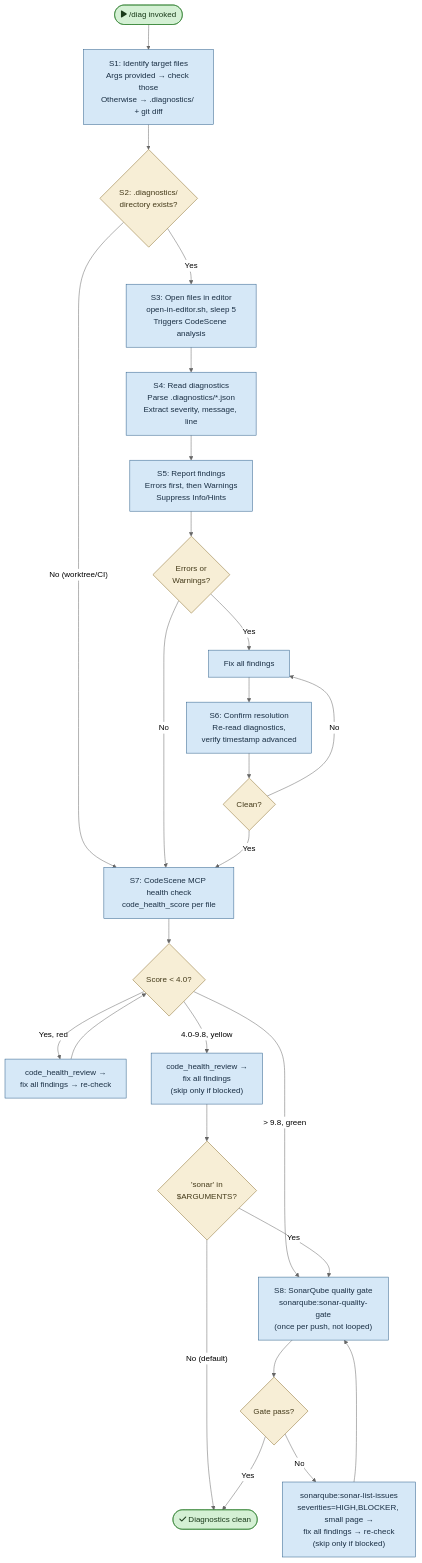
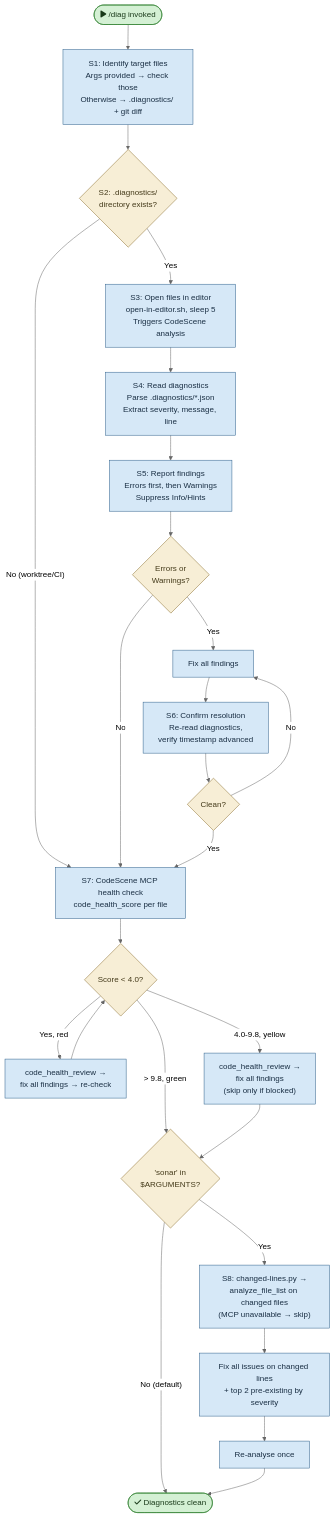
Before and after one commit to mironyx/engineering-delivery-framework: the diagram in plugins/edf/skills/diag/flowchart.md, drawn with Mermaid (neutral theme). The commit also changed other lines of this file and 22 other files, not shown here.

````diff
--- a/plugins/edf/skills/diag/flowchart.md
+++ b/plugins/edf/skills/diag/flowchart.md
@@ -5,48 +5,47 @@
 ```mermaid
 flowchart TD
     START(["fa:fa-play /diag invoked"]) --> S1
 
     S1["S1: Identify target files<br/>Args provided → check those<br/>Otherwise → .diagnostics/ + git diff"] --> S2
 
     S2{"S2: .diagnostics/<br/>directory exists?"} -->|"No (worktree/CI)"| S7
     S2 -->|"Yes"| S3
 
     S3["S3: Open files in editor<br/>open-in-editor.sh, sleep 5<br/>Triggers CodeScene analysis"] --> S4
 
     S4["S4: Read diagnostics<br/>Parse .diagnostics/*.json<br/>Extract severity, message, line"] --> S5
 
     S5["S5: Report findings<br/>Errors first, then Warnings<br/>Suppress Info/Hints"] --> S5_CHK{"Errors or<br/>Warnings?"}
     S5_CHK -->|"No"| S7
     S5_CHK -->|"Yes"| S5_FIX["Fix all findings"]
 
     S5_FIX --> S6["S6: Confirm resolution<br/>Re-read diagnostics,<br/>verify timestamp advanced"]
     S6 --> S6_CHK{"Clean?"}
     S6_CHK -->|"No"| S5_FIX
     S6_CHK -->|"Yes"| S7
 
     S7["S7: CodeScene MCP health check<br/>code_health_score per file"] --> S7_CHK{"Score < 4.0?"}
     S7_CHK -->|"Yes, red"| S7_FIX["code_health_review →<br/>fix all findings → re-check"]
     S7_CHK -->|"4.0-9.8, yellow"| S7_REVIEW["code_health_review →<br/>fix all findings<br/>(skip only if blocked)"]
-    S7_CHK -->|"> 9.8, green"| S8
+    S7_CHK -->|"> 9.8, green"| S8_GATE
 
     S7_FIX --> S7_CHK
     S7_REVIEW --> S8_GATE
 
     S8_GATE{"'sonar' in<br/>$ARGUMENTS?"} -->|"No (default)"| DONE
-    S8_GATE -->|"Yes"| S8["S8: SonarQube quality gate<br/>sonarqube:sonar-quality-gate<br/>(once per push, not looped)"]
-    S8 --> S8_CHK{"Gate pass?"}
-    S8_CHK -->|"Yes"| DONE
-    S8_CHK -->|"No"| S8_FIX["sonarqube:sonar-list-issues<br/>severities=HIGH,BLOCKER, small page →<br/>fix all findings → re-check<br/>(skip only if blocked)"]
-    S8_FIX --> S8
+    S8_GATE -->|"Yes"| S8["S8: changed-lines.py →<br/>analyze_file_list on changed files<br/>(MCP unavailable → skip)"]
+    S8 --> S8_FIX["Fix all issues on changed lines<br/>+ top 2 pre-existing by severity"]
+    S8_FIX --> S8_RE["Re-analyse once"]
+    S8_RE --> DONE
 
     DONE(["fa:fa-check Diagnostics clean"])
 
     %% ── Styles ──
     classDef startend fill:#d4f0d4,stroke:#2d7d2d,color:#1a3a1a
     classDef process fill:#d6e8f7,stroke:#2d5f8a,color:#1a2f44
     classDef decision fill:#f7eed6,stroke:#8a6d2d,color:#443a1a
 
     class START,DONE startend
-    class S1,S3,S4,S5,S5_FIX,S6,S7,S7_FIX,S7_REVIEW,S8,S8_FIX process
-    class S2,S5_CHK,S6_CHK,S7_CHK,S8_GATE,S8_CHK decision
+    class S1,S3,S4,S5,S5_FIX,S6,S7,S7_FIX,S7_REVIEW,S8,S8_FIX,S8_RE process
+    class S2,S5_CHK,S6_CHK,S7_CHK,S8_GATE decision
 ```
````
